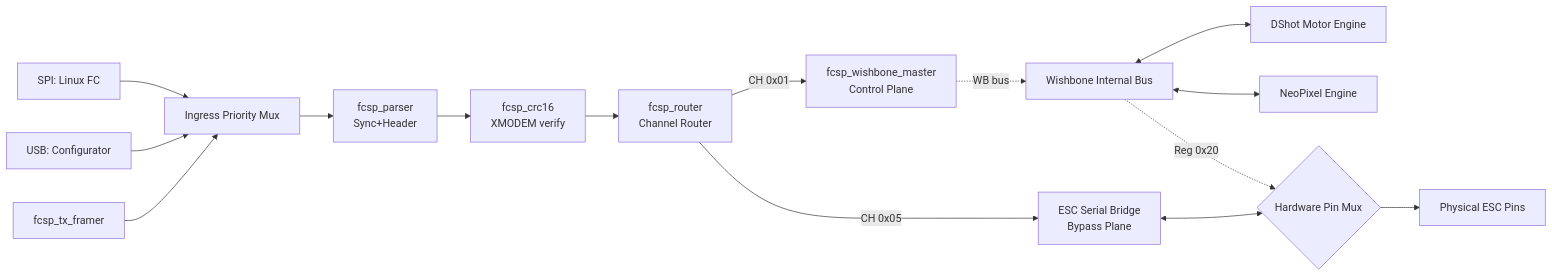
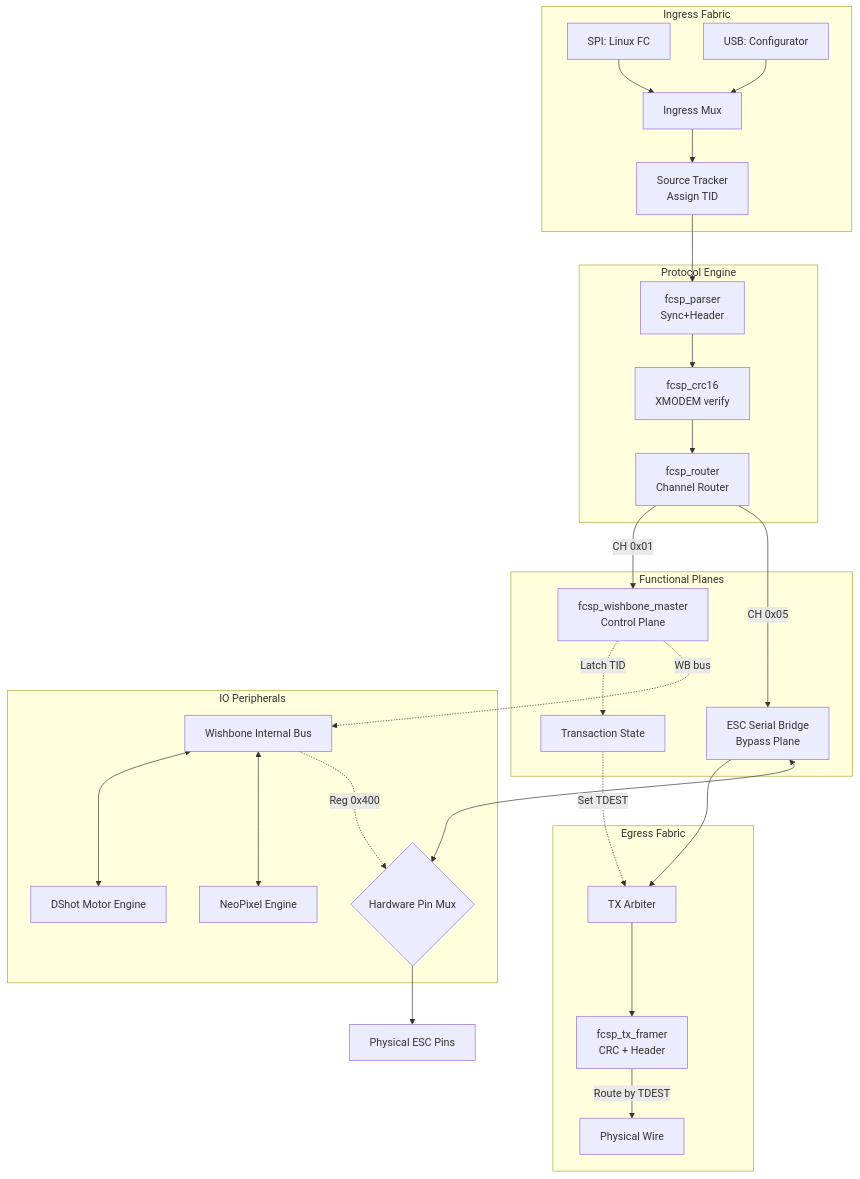
The diagram in docs/FPGA_BLOCK_DESIGN.md (tcmichals/rt-fc-offloader), drawn with Mermaid before and after one commit. The commit also changed other lines of this file and 58 other files, not shown here.

````diff
--- a/docs/FPGA_BLOCK_DESIGN.md
+++ b/docs/FPGA_BLOCK_DESIGN.md
@@ -27,25 +27,37 @@
 ```mermaid
-flowchart LR
-    HOST_SPI[SPI: Linux FC] --> MUX[Ingress Priority Mux]
-    HOST_USB[USB: Configurator] --> MUX
+flowchart TD
+    subgraph Ingress ["Ingress Fabric"]
+        HOST_SPI[SPI: Linux FC] --> MUX[Ingress Mux]
+        HOST_USB[USB: Configurator] --> MUX
+        MUX --> SRC_ID[Source Tracker\nAssign TID]
+    end
     
-    MUX --> PARSER[fcsp_parser\nSync+Header]
-    PARSER --> CRC[fcsp_crc16\nXMODEM verify]
-    CRC --> ROUTER[fcsp_router\nChannel Router]
+    subgraph Engine ["Protocol Engine"]
+        SRC_ID --> PARSER[fcsp_parser\nSync+Header]
+        PARSER --> CRC[fcsp_crc16\nXMODEM verify]
+        CRC --> ROUTER[fcsp_router\nChannel Router]
+    end
 
-    %% Channels
-    ROUTER -->|CH 0x01| WB_MASTER[fcsp_wishbone_master\nControl Plane]
-    ROUTER -->|CH 0x05| BYPASS[ESC Serial Bridge\nBypass Plane]
+    subgraph Planes ["Functional Planes"]
+        ROUTER -->|CH 0x01| WB_MASTER[fcsp_wishbone_master\nControl Plane]
+        ROUTER -->|CH 0x05| BYPASS[ESC Serial Bridge\nBypass Plane]
+        WB_MASTER -.->|Latch TID| TID_STORE[Transaction State]
+    end
 
-    %% Logic
-    WB_MASTER -.WB bus.-> BUS[Wishbone Internal Bus]
-    BUS <--> DSHOT[DShot Motor Engine]
-    BUS <--> NEO[NeoPixel Engine]
+    subgraph Peripherals ["IO Peripherals"]
+        WB_MASTER -.WB bus.-> BUS[Wishbone Internal Bus]
+        BUS <--> DSHOT[DShot Motor Engine]
+        BUS <--> NEO[NeoPixel Engine]
+        BUS -.->|Reg 0x400| PIN_MUX{Hardware Pin Mux}
+    end
     
-    %% The Hard Switch
-    BUS -.->|Reg 0x20| PIN_MUX{Hardware Pin Mux}
+    subgraph Egress ["Egress Fabric"]
+        TID_STORE -.->|Set TDEST| ARB[TX Arbiter]
+        BYPASS --> ARB
+        ARB --> FRAMER[fcsp_tx_framer\nCRC + Header]
+        FRAMER -- "Route by TDEST" --> L[Physical Wire]
+    end
+    
     BYPASS <--> PIN_MUX
-    
     PIN_MUX --> MOTORS[Physical ESC Pins]
-    ENCODER[fcsp_tx_framer] --> MUX
 ```
````
